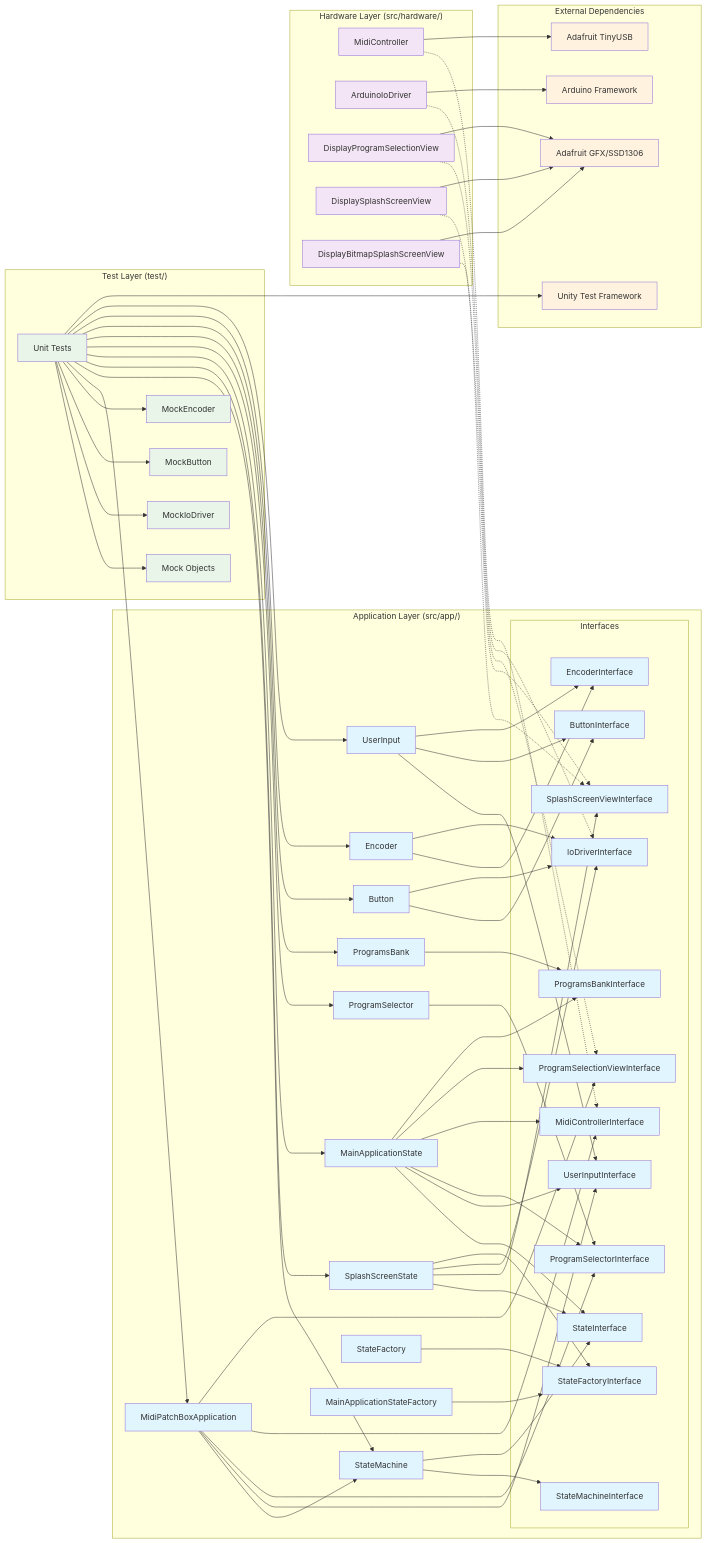
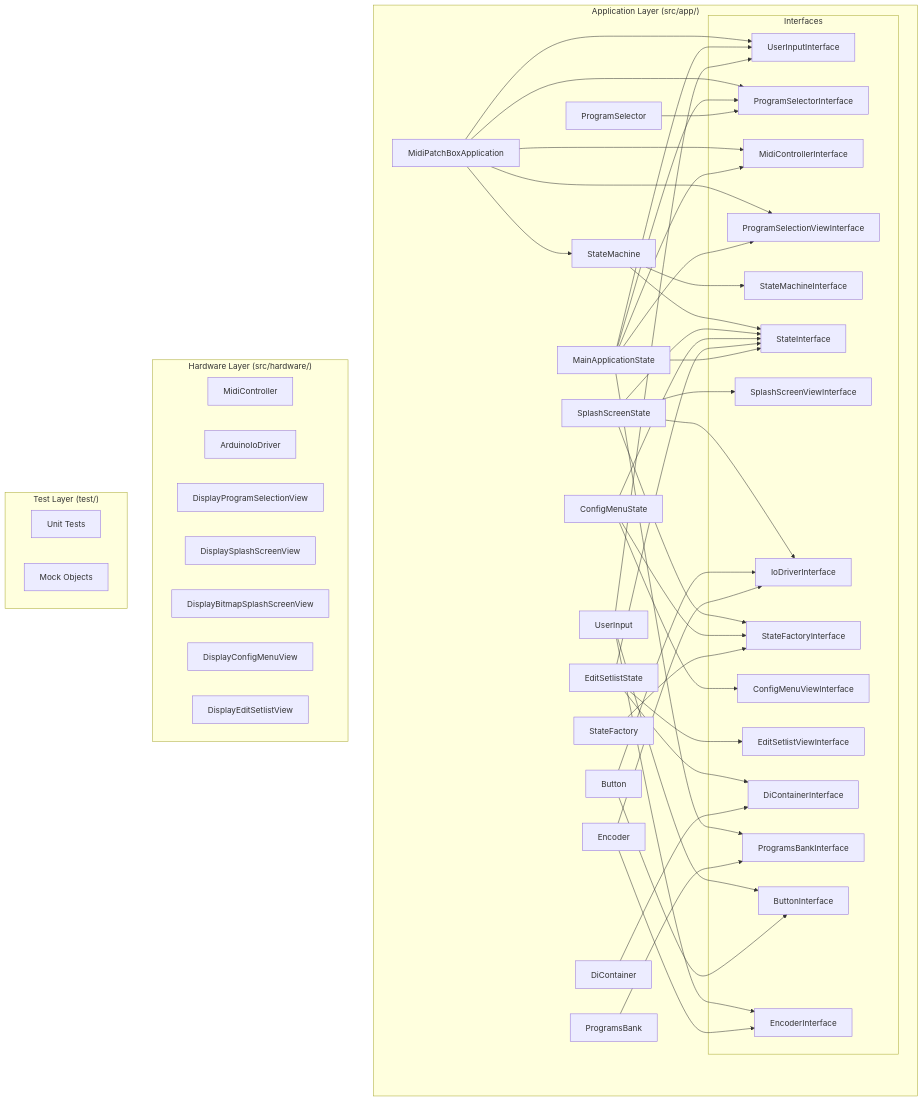
Before and after one commit to iv660/midi-patch-box: the first of 4 diagrams in ARCHITECTURE.md, drawn with Mermaid. The commit also changed other lines of this file, not shown here.

Commit message:
doc: Update architectural documentation

````diff
--- a/ARCHITECTURE.md
+++ b/ARCHITECTURE.md
@@ -30,17 +30,19 @@
 ```mermaid
-graph LR
+graph TD
     subgraph "Application Layer (src/app/)"
         APP[MidiPatchBoxApplication]
         SM[StateMachine]
         SPS[SplashScreenState]
         MAS[MainApplicationState]
+        CMS[ConfigMenuState]
+        ESS[EditSetlistState]
         PS[ProgramSelector]
         PB[ProgramsBank]
         BTN[Button]
         ENC[Encoder]
         UI[UserInput]
         SF[StateFactory]
-        MASF[MainApplicationStateFactory]
+        DC[DiContainer]
         
         subgraph "Interfaces"
             UII[UserInputInterface]
@@ -55,6 +57,9 @@
             SFI[StateFactoryInterface]
             EI[EncoderInterface]
             BI[ButtonInterface]
+            CMI[ConfigMenuViewInterface]
+            ESVI[EditSetlistViewInterface]
+            DCI[DiContainerInterface]
         end
     end
     
@@ -64,21 +69,13 @@
         DPSV[DisplayProgramSelectionView]
         DSSV[DisplaySplashScreenView]
         DBSSV[DisplayBitmapSplashScreenView]
+        DCMDV[DisplayConfigMenuView]
+        DESV[DisplayEditSetlistView]
     end
     
     subgraph "Test Layer (test/)"
         TESTS[Unit Tests]
         MOCKS[Mock Objects]
-        MOCKIO[MockIoDriver]
-        MOCKBTN[MockButton]
-        MOCKENC[MockEncoder]
-    end
-    
-    subgraph "External Dependencies"
-        ARDUINO[Arduino Framework]
-        TINYUSB[Adafruit TinyUSB]
-        UNITY[Unity Test Framework]
-        ADAFRUIT[Adafruit GFX/SSD1306]
     end
     
     APP --> SM
@@ -92,6 +89,12 @@
     SPS --> SSVI
     SPS --> IOI
     SPS --> SFI
+    CMS --> SI
+    CMS --> CMI
+    CMS --> SFI
+    ESS --> SI
+    ESS --> ESVI
+    ESS --> DCI
     MAS --> SI
     MAS --> UII
     MAS --> PSI
@@ -108,42 +111,5 @@
     PS --> PSI
     PB --> PBI
     SF --> SFI
-    MASF --> SFI
-    
-    MC -.-> MCI
-    AIO -.-> IOI
-    DPSV -.-> PSVI
-    DSSV -.-> SSVI
-    DBSSV -.-> SSVI
-    
-    TESTS --> MOCKS
-    TESTS --> MOCKIO
-    TESTS --> MOCKBTN
-    TESTS --> MOCKENC
-    TESTS --> APP
-    TESTS --> SM
-    TESTS --> SPS
-    TESTS --> MAS
-    TESTS --> PS
-    TESTS --> PB
-    TESTS --> BTN
-    TESTS --> ENC
-    TESTS --> UI
-    
-    AIO --> ARDUINO
-    MC --> TINYUSB
-    DPSV --> ADAFRUIT
-    DSSV --> ADAFRUIT
-    DBSSV --> ADAFRUIT
-    TESTS --> UNITY
-    
-    classDef appLayer fill:#e1f5fe
-    classDef hardwareLayer fill:#f3e5f5
-    classDef testLayer fill:#e8f5e8
-    classDef external fill:#fff3e0
-    
-    class APP,SM,SPS,MAS,PS,PB,BTN,ENC,UI,SF,MASF,UII,PSI,MCI,IOI,PSVI,SSVI,PBI,SI,SMI,SFI,EI,BI appLayer
-    class MC,AIO,DPSV,DSSV,DBSSV hardwareLayer
-    class TESTS,MOCKS,MOCKIO,MOCKBTN,MOCKENC testLayer
-    class ARDUINO,TINYUSB,UNITY,ADAFRUIT external
+    DC --> DCI
 ```
````
